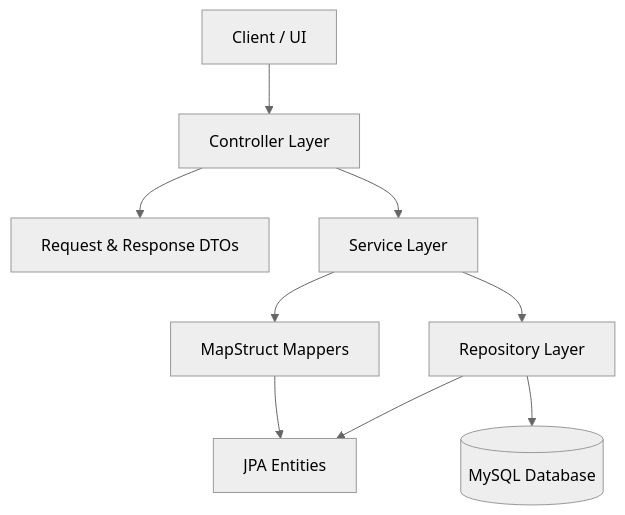
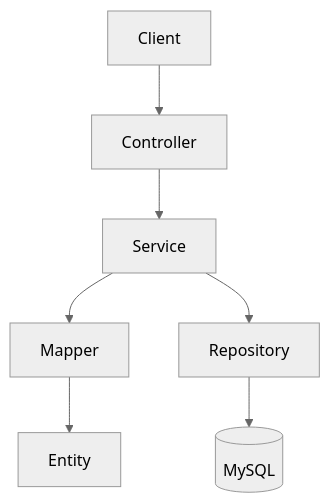
The diagram in README.md (ezra-kutsvaira/Invora), drawn with Mermaid (neutral theme) before and after one commit. The commit also changed other lines of this file, not shown here.

````diff
--- a/README.md
+++ b/README.md
@@ -211,11 +85,9 @@
 ```mermaid
 flowchart TD
-    Client["Client / UI"] --> Controller["Controller Layer"]
-    Controller --> DTO["Request & Response DTOs"]
-    Controller --> Service["Service Layer"]
-    Service --> Mapper["MapStruct Mappers"]
-    Service --> Repository["Repository Layer"]
-    Mapper --> Entity["JPA Entities"]
-    Repository --> Entity
-    Repository --> Database[("MySQL Database")]
+    Client["Client"] --> Controller["Controller"]
+    Controller --> Service["Service"]
+    Service --> Mapper["Mapper"]
+    Service --> Repository["Repository"]
+    Mapper --> Entity["Entity"]
+    Repository --> Database[("MySQL")]
 ```
````
